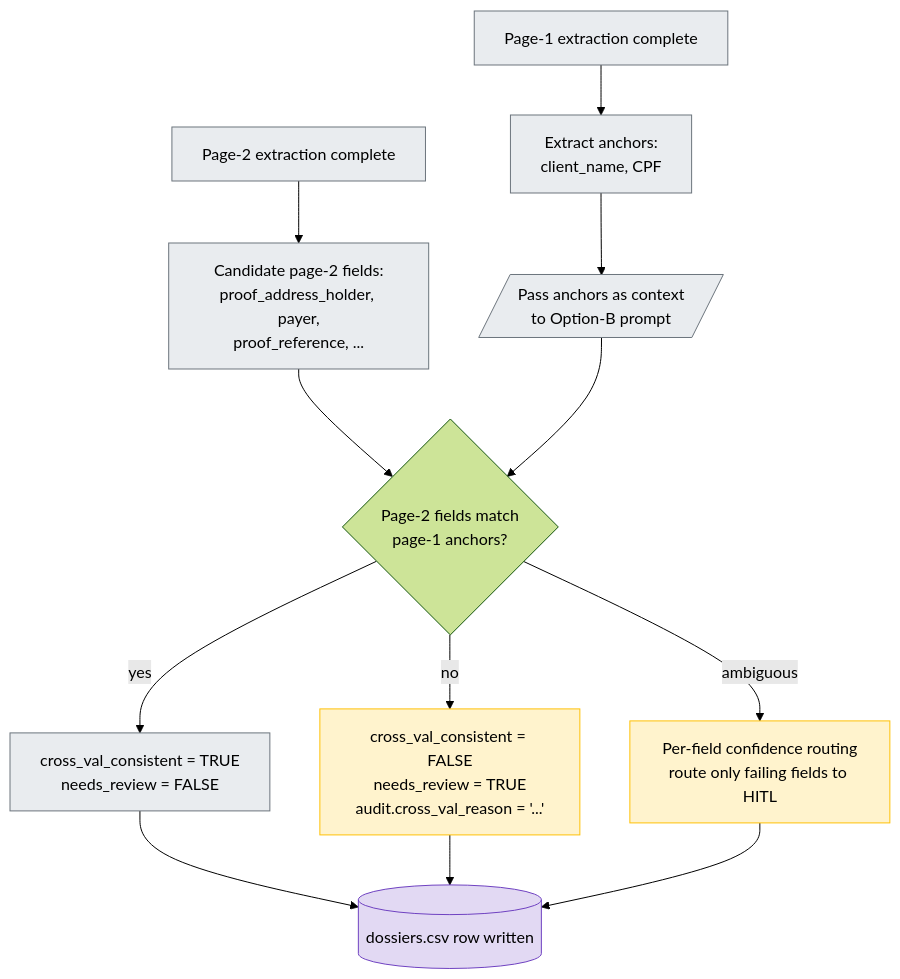
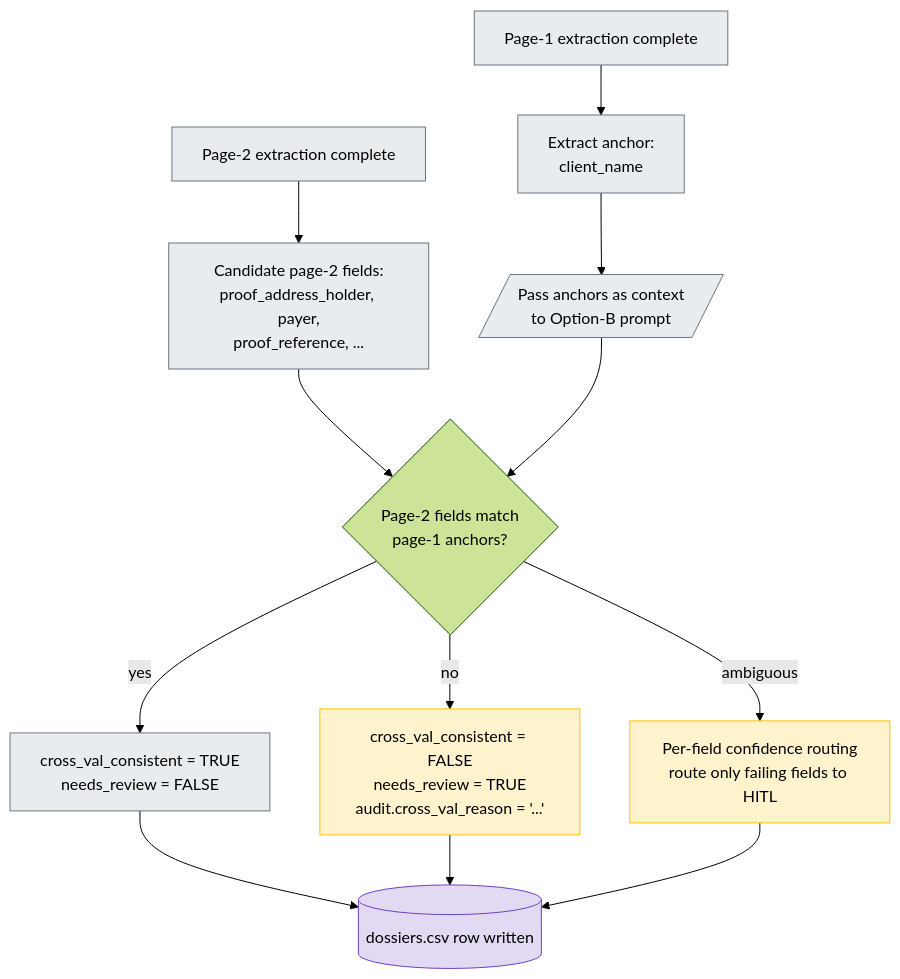
Before and after one commit to marcosdidier/revelatio: the third of 4 diagrams in 07_architecture/diagrams.md, drawn with Mermaid (forest theme). The commit also changed other lines of this file and 2 other files, not shown here.

First line of the commit message:
docs: disambiguate "dossiê" + remove CPF from cross-val description

````diff
--- a/07_architecture/diagrams.md
+++ b/07_architecture/diagrams.md
@@ -137,22 +137,22 @@
 ```mermaid
 flowchart TD
-    A[Page-1 extraction complete] --> B[Extract anchors:<br/>client_name, CPF]
+    A[Page-1 extraction complete] --> B[Extract anchor:<br/>client_name]
     C[Page-2 extraction complete] --> D[Candidate page-2 fields:<br/>proof_address_holder, payer,<br/>proof_reference, ...]
     B --> E[/Pass anchors as context<br/>to Option-B prompt/]
     D --> F{Page-2 fields match<br/>page-1 anchors?}
     E --> F
     F -- yes --> G[cross_val_consistent = TRUE<br/>needs_review = FALSE]
     F -- no --> H[cross_val_consistent = FALSE<br/>needs_review = TRUE<br/>audit.cross_val_reason = '...']
     F -- ambiguous --> I[Per-field confidence routing<br/>route only failing fields to HITL]
     G --> J[(dossiers.csv row written)]
     H --> J
     I --> J
 
     classDef script fill:#e9ecef,stroke:#6c757d
     classDef hitl fill:#fff3cd,stroke:#ffc107
     classDef store fill:#e2d9f3,stroke:#6f42c1
     class A,B,C,D,E script
     class H,I hitl
     class G script
     class J store
 ```
````
